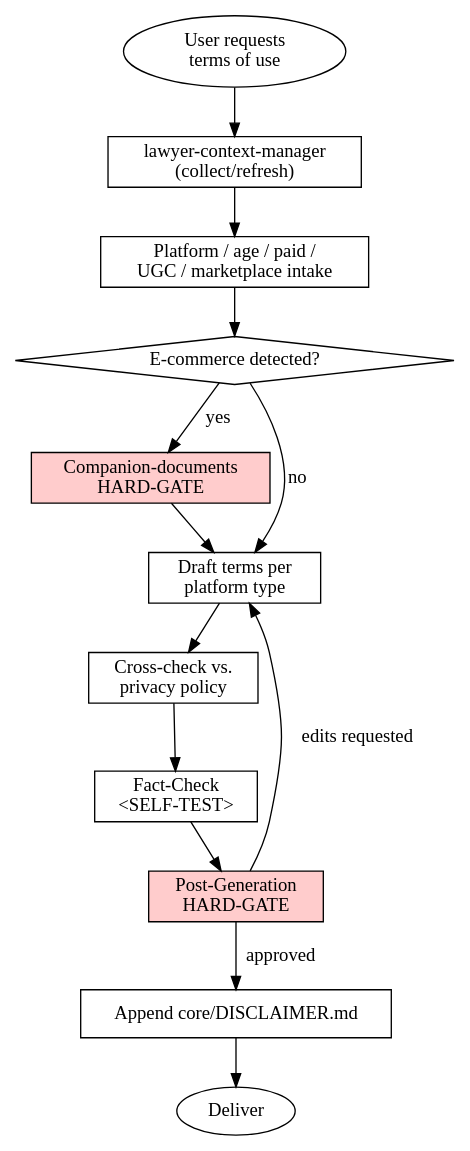
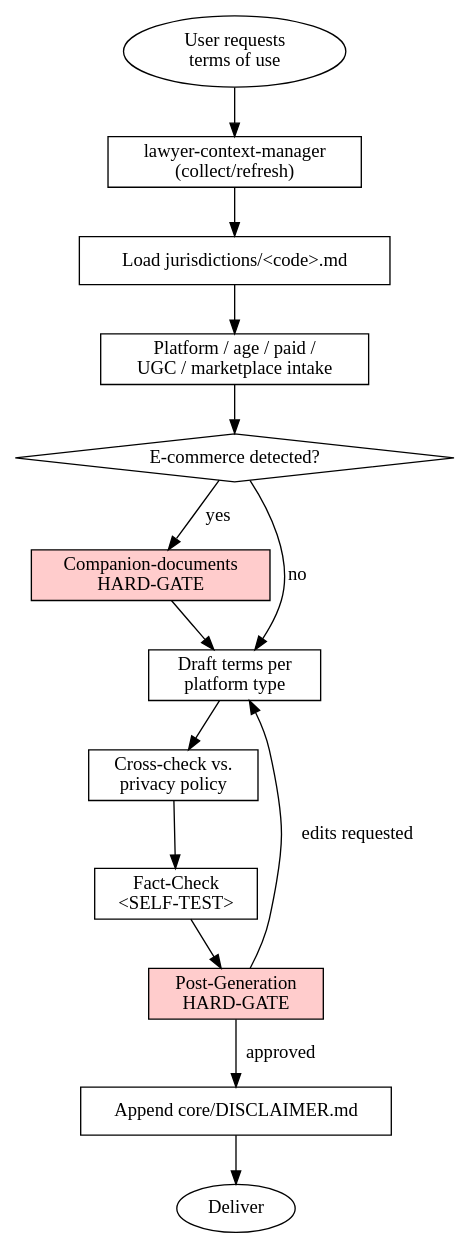
Before and after one commit to avSercanKoc/superlex-skills: the diagram in skills/terms-of-use/SKILL.md, drawn with Graphviz. The commit also changed other lines of this file and 10 other files, not shown here.

````diff
--- a/skills/terms-of-use/SKILL.md
+++ b/skills/terms-of-use/SKILL.md
@@ -61,29 +69,31 @@
 ```dot
 digraph terms_flow {
     rankdir=TB;
     start     [label="User requests\nterms of use" shape=ellipse];
     context   [label="lawyer-context-manager\n(collect/refresh)" shape=box];
+    load      [label="Load jurisdictions/<code>.md" shape=box];
     intake    [label="Platform / age / paid /\nUGC / marketplace intake" shape=box];
     ecom      [label="E-commerce detected?" shape=diamond];
     ecomgate  [label="Companion-documents\nHARD-GATE" shape=box style=filled fillcolor="#ffcccc"];
     draft     [label="Draft terms per\nplatform type" shape=box];
     xref      [label="Cross-check vs.\nprivacy policy" shape=box];
     selftest  [label="Fact-Check\n<SELF-TEST>" shape=box];
     verify    [label="Post-Generation\nHARD-GATE" shape=box style=filled fillcolor="#ffcccc"];
     disclaim  [label="Append core/DISCLAIMER.md" shape=box];
     deliver   [label="Deliver" shape=ellipse];
 
     start     -> context;
-    context   -> intake;
+    context   -> load;
+    load      -> intake;
     intake    -> ecom;
     ecom      -> ecomgate [label="yes"];
     ecom      -> draft    [label="no"];
     ecomgate  -> draft;
     draft     -> xref;
     xref      -> selftest;
     selftest  -> verify;
     verify    -> disclaim [label="approved"];
     verify    -> draft    [label="edits requested"];
     disclaim  -> deliver;
 }
 ```
````
